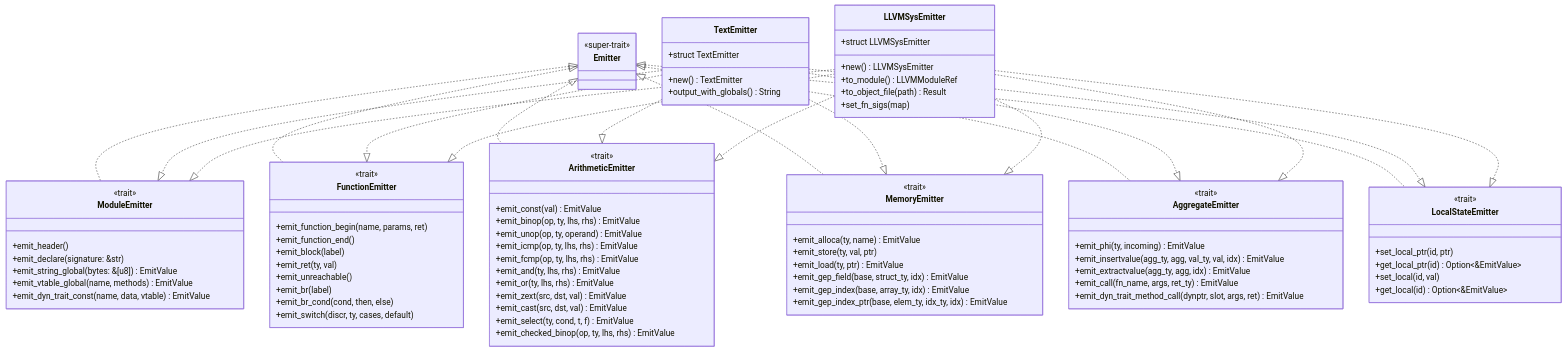
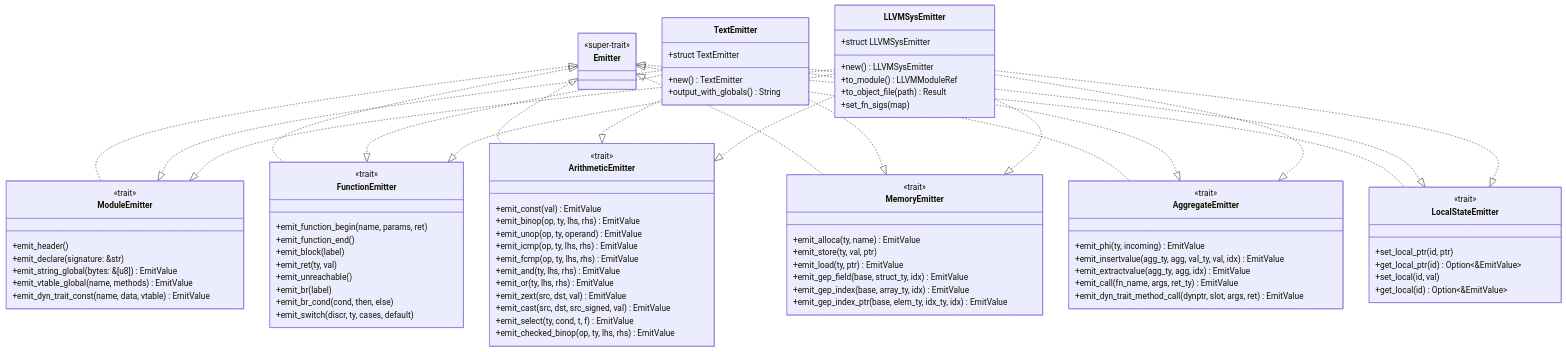
One commit to Redskaber/landin-lang changed the first of 3 diagrams in docs/graph/codegen/emitter-trait.md. Above: the diagram before and after it, drawn with Mermaid. The commit also changed 25 other files, not shown here.

```diff
--- a/docs/graph/codegen/emitter-trait.md
+++ b/docs/graph/codegen/emitter-trait.md
@@ -42,7 +42,7 @@
         +emit_and(ty, lhs, rhs) EmitValue
         +emit_or(ty, lhs, rhs) EmitValue
         +emit_zext(src, dst, val) EmitValue
-        +emit_cast(src, dst, val) EmitValue
+        +emit_cast(src, dst, src_signed, val) EmitValue
         +emit_select(ty, cond, t, f) EmitValue
         +emit_checked_binop(op, ty, lhs, rhs) EmitValue
     }
```
